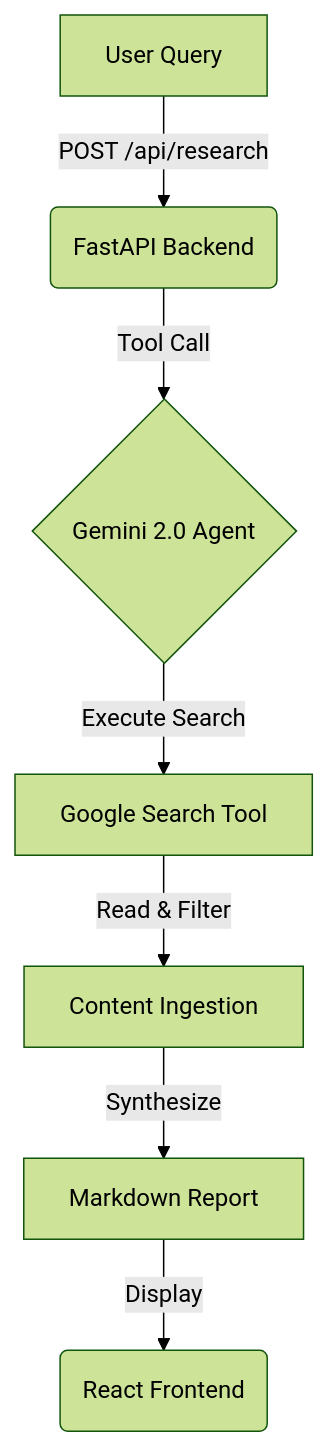
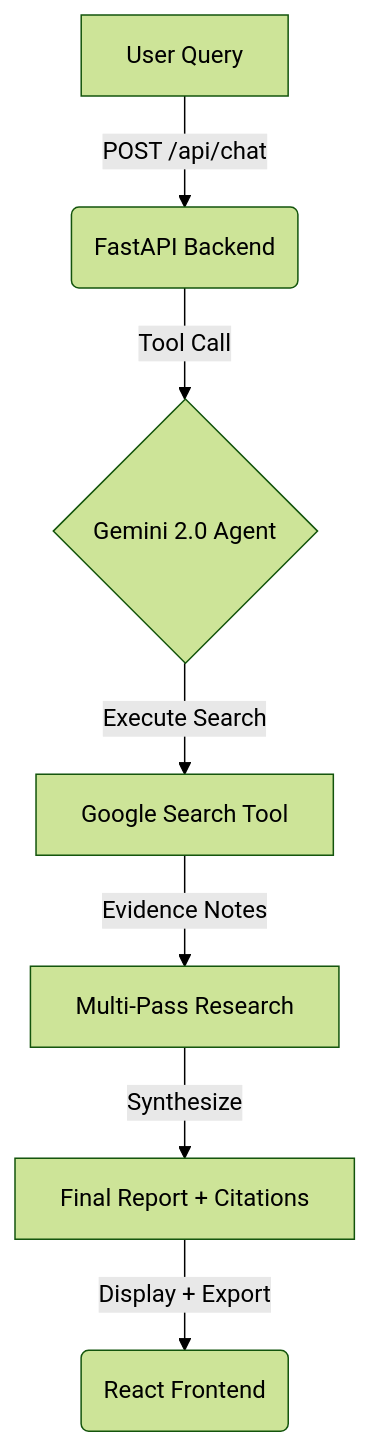
The diagram in README.md (ritwikareddykancharla/scholar-agent), drawn with Mermaid (forest theme) before and after one commit. The commit also changed other lines of this file, not shown here.

Commit message:
Update README for deep research and PDF export

````diff
--- a/README.md
+++ b/README.md
@@ -19,9 +26,9 @@
 ```mermaid
 graph TD
-    A[User Query] -->|POST /api/research| B(FastAPI Backend)
+    A[User Query] -->|POST /api/chat| B(FastAPI Backend)
     B -->|Tool Call| C{Gemini 2.0 Agent}
     C -->|Execute Search| D[Google Search Tool]
-    D -->|Read & Filter| E[Content Ingestion]
-    E -->|Synthesize| F[Markdown Report]
-    F -->|Display| G(React Frontend)
+    D -->|Evidence Notes| E[Multi-Pass Research]
+    E -->|Synthesize| F[Final Report + Citations]
+    F -->|Display + Export| G(React Frontend)
 ```
````
